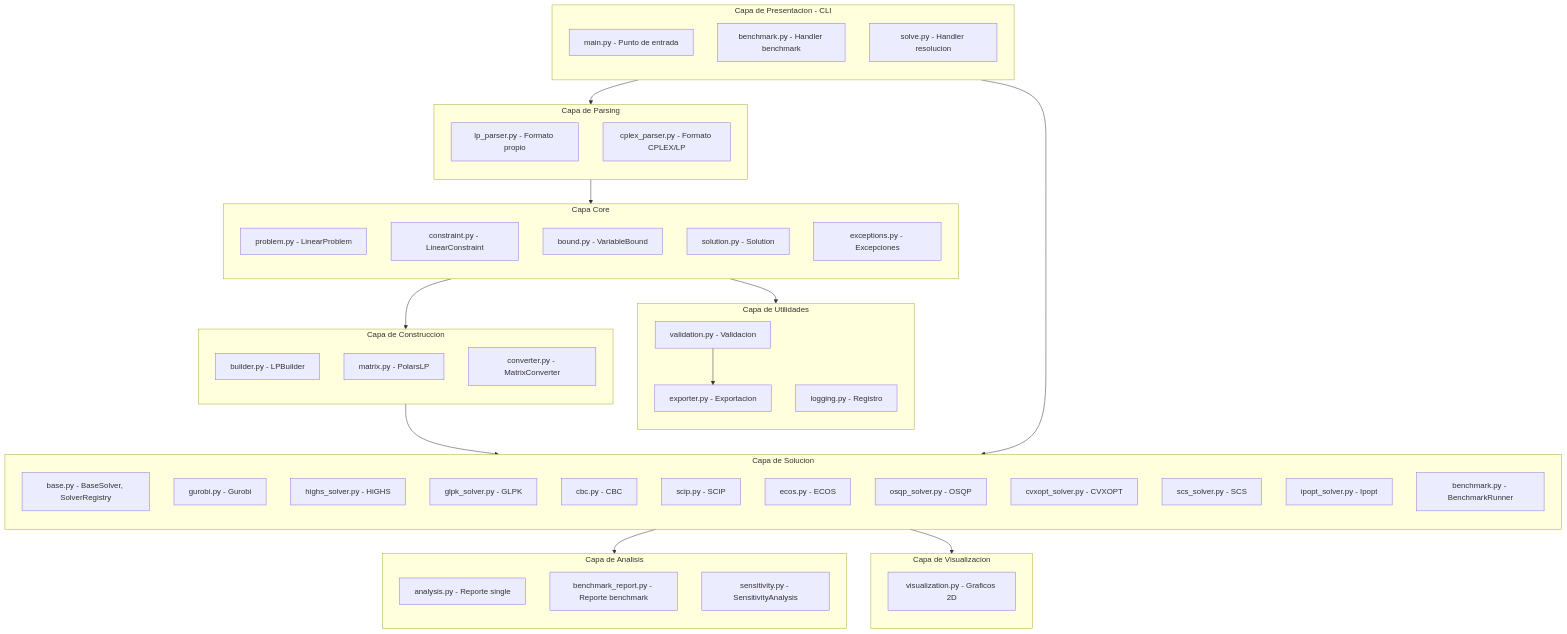
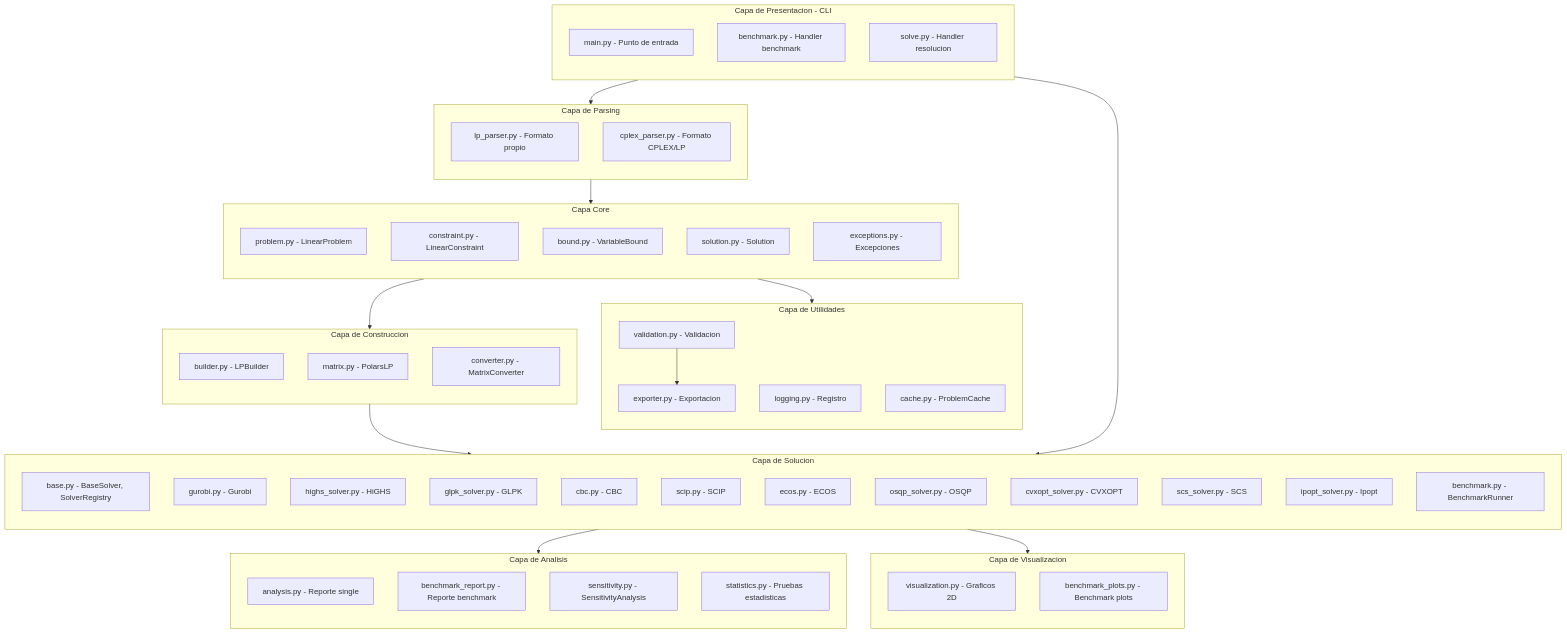
Before and after one commit to Jesus-MMM/ISLA-LP-Benchmark: the first of 35 diagrams in README.md, drawn with Mermaid. The commit also changed other lines of this file, not shown here.

````diff
--- a/README.md
+++ b/README.md
@@ -58,76 +62,79 @@
 ```mermaid
 flowchart TB
     subgraph CLI["Capa de Presentacion - CLI"]
         direction TB
         MAIN["main.py - Punto de entrada"]
         BENCH["benchmark.py - Handler benchmark"]
         SOLVE["solve.py - Handler resolucion"]
     end
     
     subgraph SOLVER["Capa de Solucion"]
         direction TB
         BASE["base.py - BaseSolver, SolverRegistry"]
         GUROBI["gurobi.py - Gurobi"]
         HIGHS["highs_solver.py - HiGHS"]
         GLPK["glpk_solver.py - GLPK"]
         CBC["cbc.py - CBC"]
         SCIP["scip.py - SCIP"]
         ECOS["ecos.py - ECOS"]
         OSQP["osqp_solver.py - OSQP"]
         CVXOPT["cvxopt_solver.py - CVXOPT"]
         SCS["scs_solver.py - SCS"]
         IPOPT["ipopt_solver.py - Ipopt"]
         BENCHRUN["benchmark.py - BenchmarkRunner"]
     end
     
     subgraph PARSER["Capa de Parsing"]
         direction TB
         LP["lp_parser.py - Formato propio"]
         CPLEX["cplex_parser.py - Formato CPLEX/LP"]
     end
     
     subgraph CORE["Capa Core"]
         direction TB
         PROBLEM["problem.py - LinearProblem"]
         CONSTRAINT["constraint.py - LinearConstraint"]
         BOUND["bound.py - VariableBound"]
         SOLUTION["solution.py - Solution"]
         EXC["exceptions.py - Excepciones"]
     end
     
     subgraph MATRIX["Capa de Construccion"]
         direction TB
         BUILD["builder.py - LPBuilder"]
         POLARS["matrix.py - PolarsLP"]
         CONV["converter.py - MatrixConverter"]
     end
     
     subgraph ANALYSIS["Capa de Analisis"]
         direction TB
         AN["analysis.py - Reporte single"]
         BENCHREP["benchmark_report.py - Reporte benchmark"]
         SENS["sensitivity.py - SensitivityAnalysis"]
+        STATS["statistics.py - Pruebas estadisticas"]
     end
     
     subgraph VIS["Capa de Visualizacion"]
         direction TB
         VISUAL["visualization.py - Graficos 2D"]
+        BENCHPLOTS["benchmark_plots.py - Benchmark plots"]
     end
     
     subgraph UTILS["Capa de Utilidades"]
         direction TB
         VAL["validation.py - Validacion"]
         EXP["exporter.py - Exportacion"]
         LOG["logging.py - Registro"]
+        CACHE["cache.py - ProblemCache"]
     end
     
     CLI --> PARSER
     CLI --> SOLVER
     PARSER --> CORE
     CORE --> MATRIX
     MATRIX --> SOLVER
     SOLVER --> ANALYSIS
     SOLVER --> VIS
     CORE --> VAL
     VAL --> EXP
 ```
````
